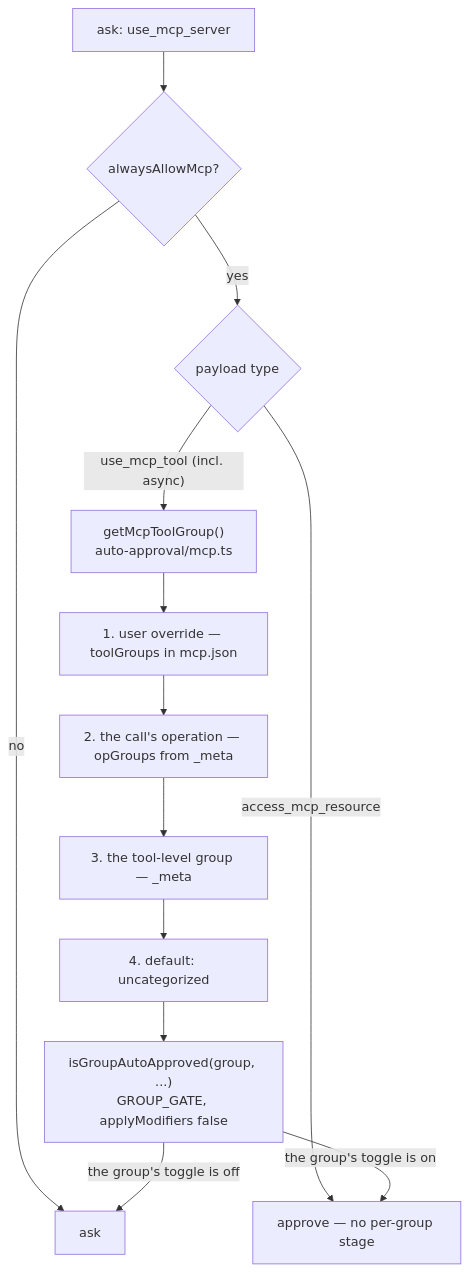
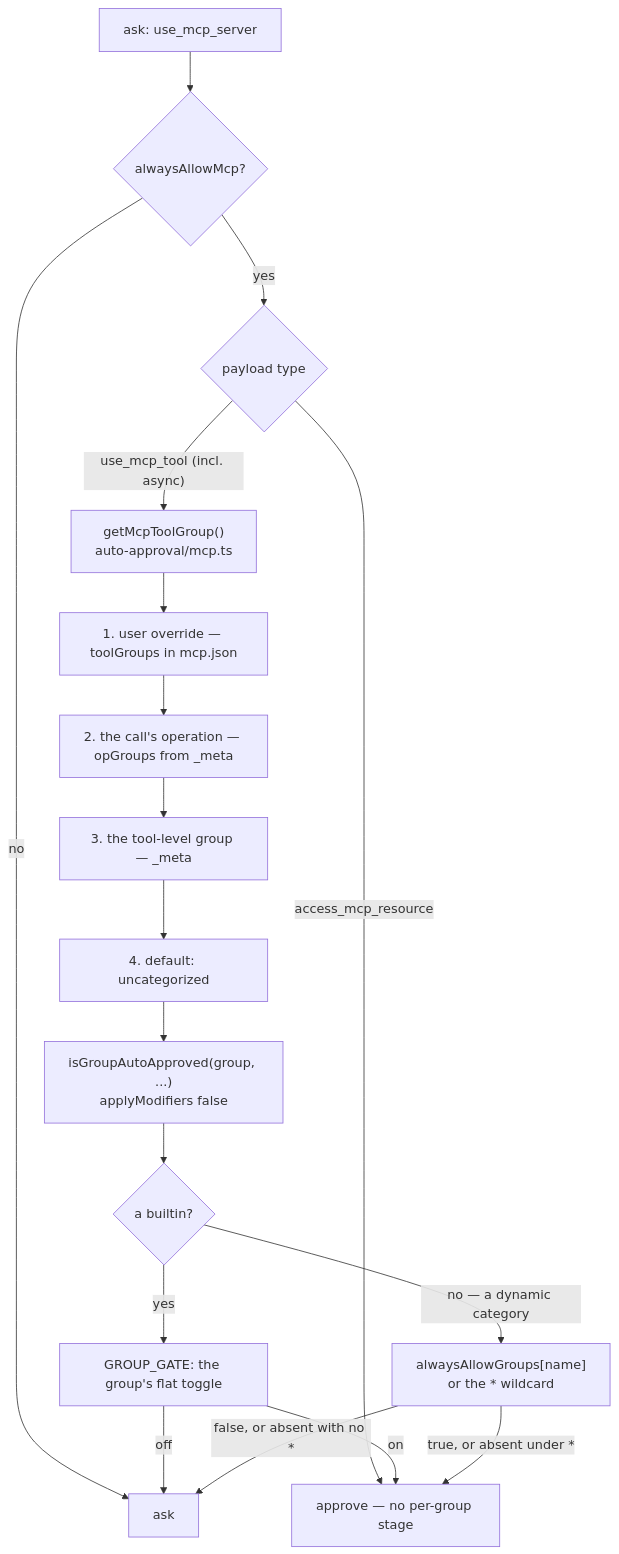
The fourth of 4 diagrams in docs/auto_approval.md (shofer-dev/shofer), drawn with Mermaid before and after one commit. The commit also changed other lines of this file and 78 other files, not shown here.

````diff
--- a/docs/auto_approval.md
+++ b/docs/auto_approval.md
@@ -368,17 +438,22 @@
 ```mermaid
 flowchart TD
     IN["ask: use_mcp_server"] --> M{"alwaysAllowMcp?"}
     M -->|no| ASK["ask"]
     M -->|yes| T{"payload type"}
 
     T -->|access_mcp_resource| OK["approve — no per-group stage"]
     T -->|"use_mcp_tool (incl. async)"| RES["getMcpToolGroup()<br/>auto-approval/mcp.ts"]
 
     RES --> R1["1. user override — toolGroups in mcp.json"]
     R1 --> R2["2. the call's operation — opGroups from _meta"]
     R2 --> R3["3. the tool-level group — _meta"]
     R3 --> R4["4. default: uncategorized"]
-    R4 --> GG["isGroupAutoApproved(group, ...)<br/>GROUP_GATE, applyModifiers false"]
-    GG -->|"the group's toggle is on"| OK
-    GG -->|"the group's toggle is off"| ASK
+    R4 --> GG["isGroupAutoApproved(group, ...)<br/>applyModifiers false"]
+    GG --> BI{"a builtin?"}
+    BI -->|yes| FLAT["GROUP_GATE: the group's flat toggle"]
+    BI -->|"no — a dynamic category"| DYN["alwaysAllowGroups[name]<br/>or the * wildcard"]
+    FLAT -->|on| OK
+    FLAT -->|off| ASK
+    DYN -->|"true, or absent under *"| OK
+    DYN -->|"false, or absent with no *"| ASK
 ```
````
